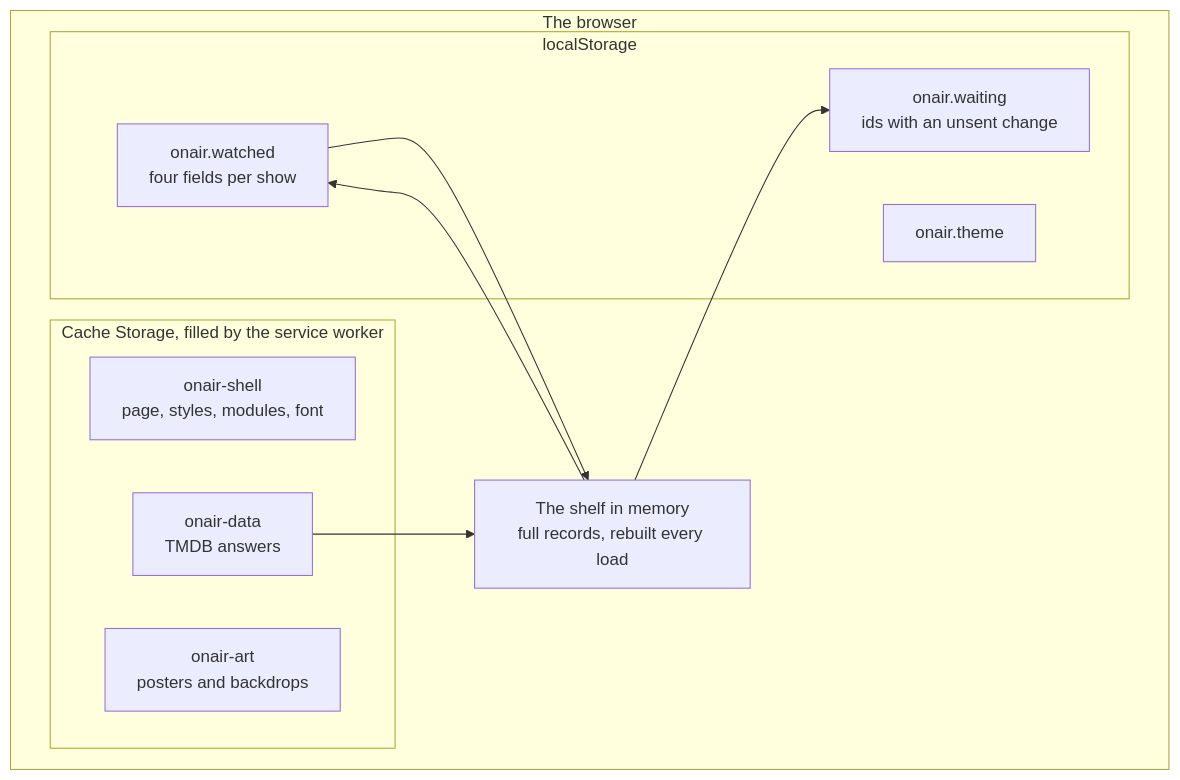
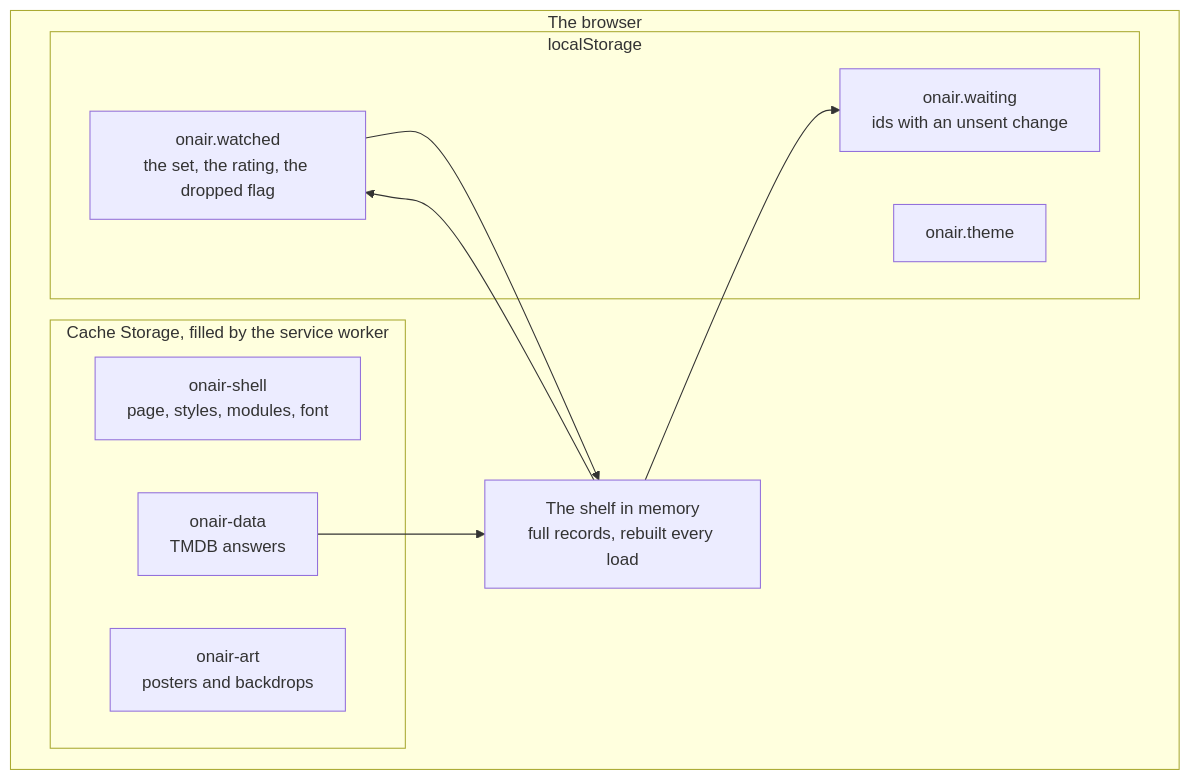
Before and after one commit to smaspe/onair: the first of 4 diagrams in architecture/offline.md, drawn with Mermaid. The commit also changed other lines of this file and 10 other files, not shown here.

````diff
--- a/architecture/offline.md
+++ b/architecture/offline.md
@@ -25,21 +25,21 @@
 ```mermaid
 flowchart TB
   subgraph browser["The browser"]
     subgraph ls["localStorage"]
-      watched["onair.watched<br/>four fields per show"]
+      watched["onair.watched<br/>the set, the rating, the dropped flag"]
       waiting["onair.waiting<br/>ids with an unsent change"]
       theme["onair.theme"]
     end
     subgraph cs["Cache Storage, filled by the service worker"]
       shell["onair-shell<br/>page, styles, modules, font"]
       data["onair-data<br/>TMDB answers"]
       art["onair-art<br/>posters and backdrops"]
     end
     memory["The shelf in memory<br/>full records, rebuilt every load"]
   end
 
   watched --> memory
   data --> memory
   memory --> watched
   memory --> waiting
 ```
````
